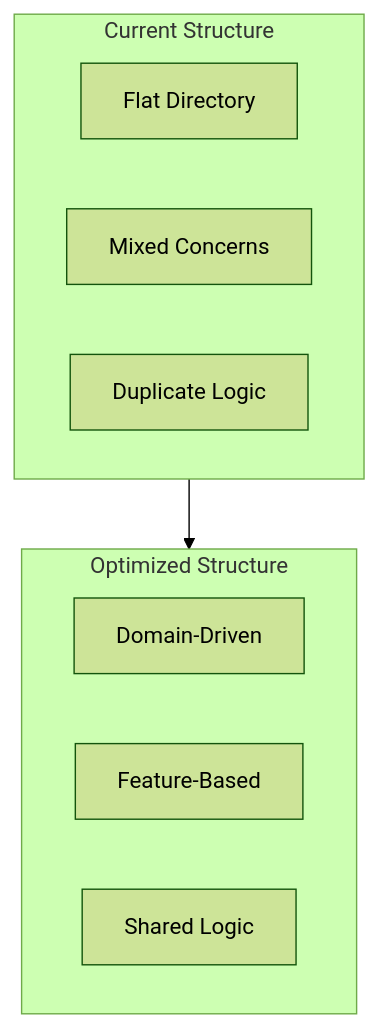
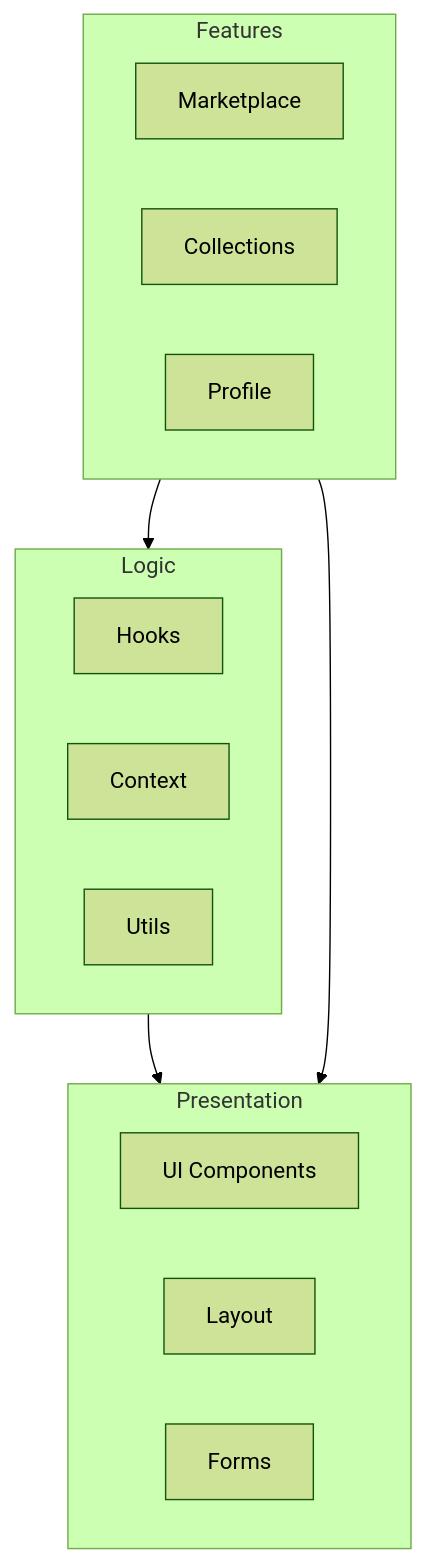
Before and after one commit to IkigaiLabsETH/ikigailabs.xyz: the second of 8 diagrams in REFACTOR.md, drawn with Mermaid (forest theme). The commit also changed other lines of this file and 53 other files, not shown here.

````diff
--- a/REFACTOR.md
+++ b/REFACTOR.md
@@ -47,16 +43,24 @@
 ```mermaid
 graph TD
-    subgraph Before[Current Structure]
-        A1[Flat Directory]
-        A2[Mixed Concerns]
-        A3[Duplicate Logic]
+    subgraph Presentation
+        UI[UI Components]
+        Layout[Layout]
+        Forms[Forms]
     end
 
-    subgraph After[Optimized Structure]
-        B1[Domain-Driven]
-        B2[Feature-Based]
-        B3[Shared Logic]
+    subgraph Logic
+        Hooks[Hooks]
+        Context[Context]
+        Utils[Utils]
     end
 
-    Before --> After
+    subgraph Features
+        Market[Marketplace]
+        Collections[Collections]
+        Profile[Profile]
+    end
+
+    Logic --> Presentation
+    Features --> Logic
+    Features --> Presentation
 ```
````
